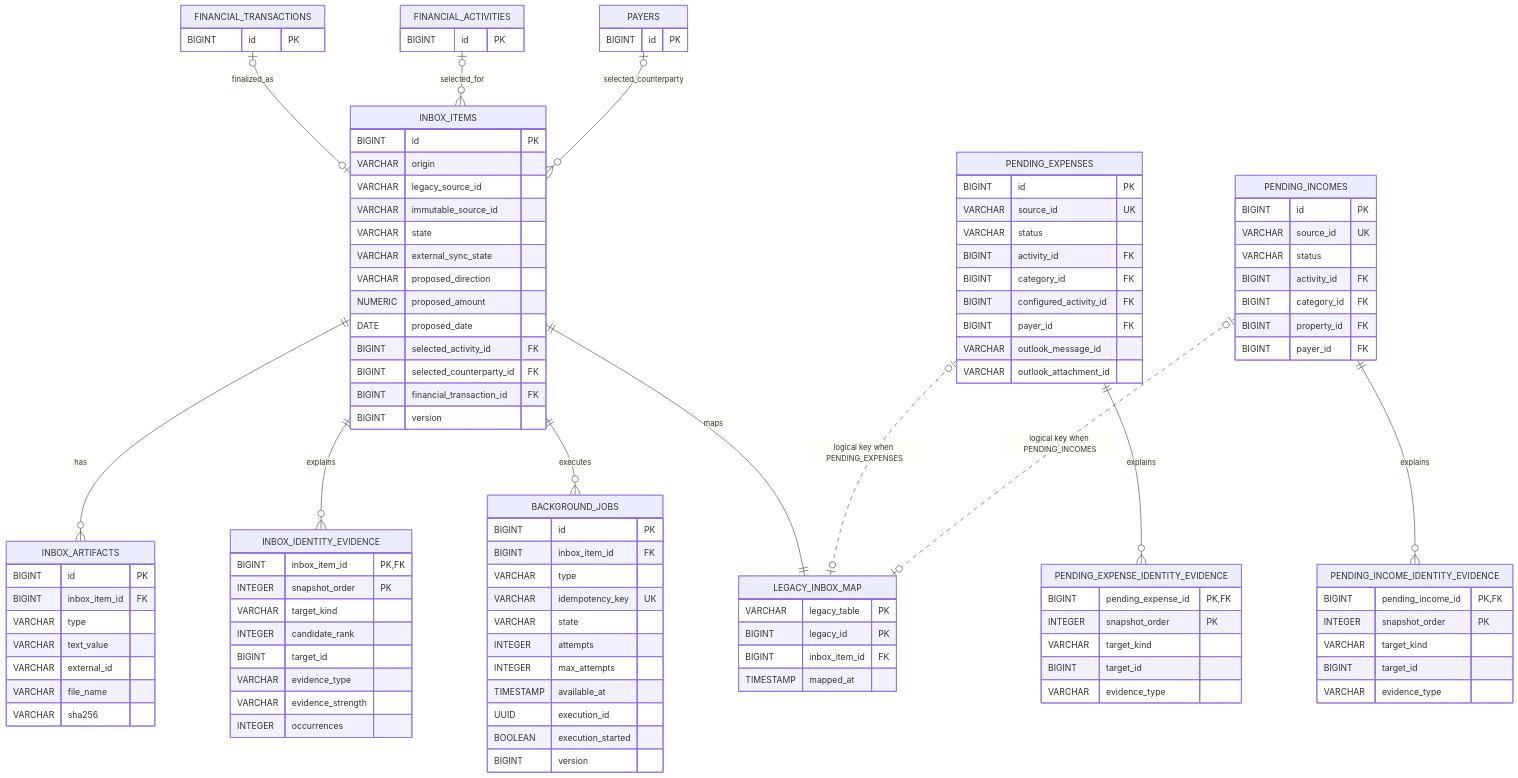
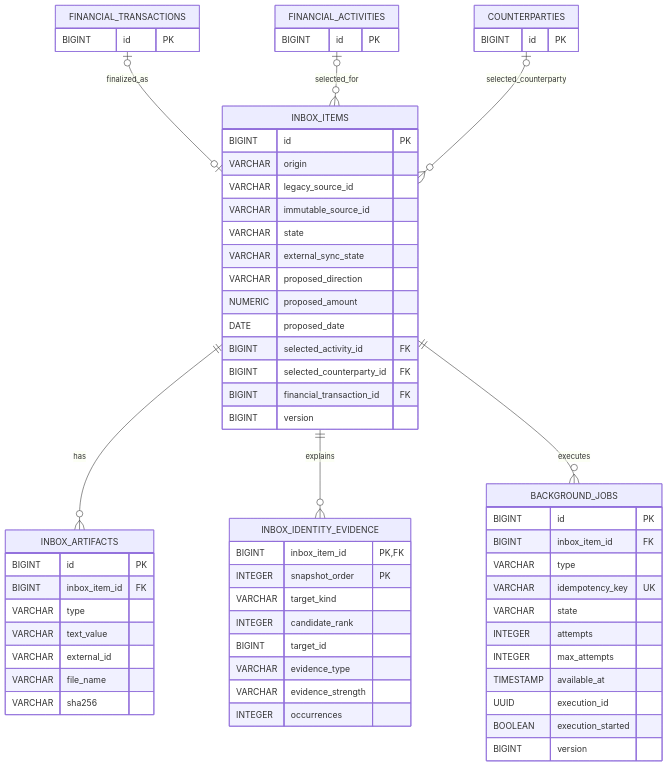
The third of 4 diagrams in diagrams/erd.md (jinloes/bookie), drawn with Mermaid before and after one commit. The commit also changed other lines of this file and 621 other files, not shown here.

First line of the commit message:
Retire legacy flows and adopt Spring Modulith

````diff
--- a/diagrams/erd.md
+++ b/diagrams/erd.md
@@ -281,7 +217,7 @@
     BIGINT id PK
   }
 
-  PAYERS {
+  COUNTERPARTIES {
     BIGINT id PK
   }
 
@@ -336,60 +272,10 @@
     BIGINT version
   }
 
-  LEGACY_INBOX_MAP {
-    VARCHAR legacy_table PK
-    BIGINT legacy_id PK
-    BIGINT inbox_item_id FK
-    TIMESTAMP mapped_at
-  }
-
-  PENDING_EXPENSES {
-    BIGINT id PK
-    VARCHAR source_id UK
-    VARCHAR status
-    BIGINT activity_id FK
-    BIGINT category_id FK
-    BIGINT configured_activity_id FK
-    BIGINT payer_id FK
-    VARCHAR outlook_message_id
-    VARCHAR outlook_attachment_id
-  }
-
-  PENDING_INCOMES {
-    BIGINT id PK
-    VARCHAR source_id UK
-    VARCHAR status
-    BIGINT activity_id FK
-    BIGINT category_id FK
-    BIGINT property_id FK
-    BIGINT payer_id FK
-  }
-
-  PENDING_EXPENSE_IDENTITY_EVIDENCE {
-    BIGINT pending_expense_id PK,FK
-    INTEGER snapshot_order PK
-    VARCHAR target_kind
-    BIGINT target_id
-    VARCHAR evidence_type
-  }
-
-  PENDING_INCOME_IDENTITY_EVIDENCE {
-    BIGINT pending_income_id PK,FK
-    INTEGER snapshot_order PK
-    VARCHAR target_kind
-    BIGINT target_id
-    VARCHAR evidence_type
-  }
-
   FINANCIAL_TRANSACTIONS o|--o| INBOX_ITEMS : finalized_as
   FINANCIAL_ACTIVITIES o|--o{ INBOX_ITEMS : selected_for
-  PAYERS o|--o{ INBOX_ITEMS : selected_counterparty
+  COUNTERPARTIES o|--o{ INBOX_ITEMS : selected_counterparty
   INBOX_ITEMS ||--o{ INBOX_ARTIFACTS : has
   INBOX_ITEMS ||--o{ INBOX_IDENTITY_EVIDENCE : explains
   INBOX_ITEMS ||--o{ BACKGROUND_JOBS : executes
-  INBOX_ITEMS ||--|| LEGACY_INBOX_MAP : maps
-  PENDING_EXPENSES o|..o| LEGACY_INBOX_MAP : "logical key when PENDING_EXPENSES"
-  PENDING_INCOMES o|..o| LEGACY_INBOX_MAP : "logical key when PENDING_INCOMES"
-  PENDING_EXPENSES ||--o{ PENDING_EXPENSE_IDENTITY_EVIDENCE : explains
-  PENDING_INCOMES ||--o{ PENDING_INCOME_IDENTITY_EVIDENCE : explains
 ```
````
